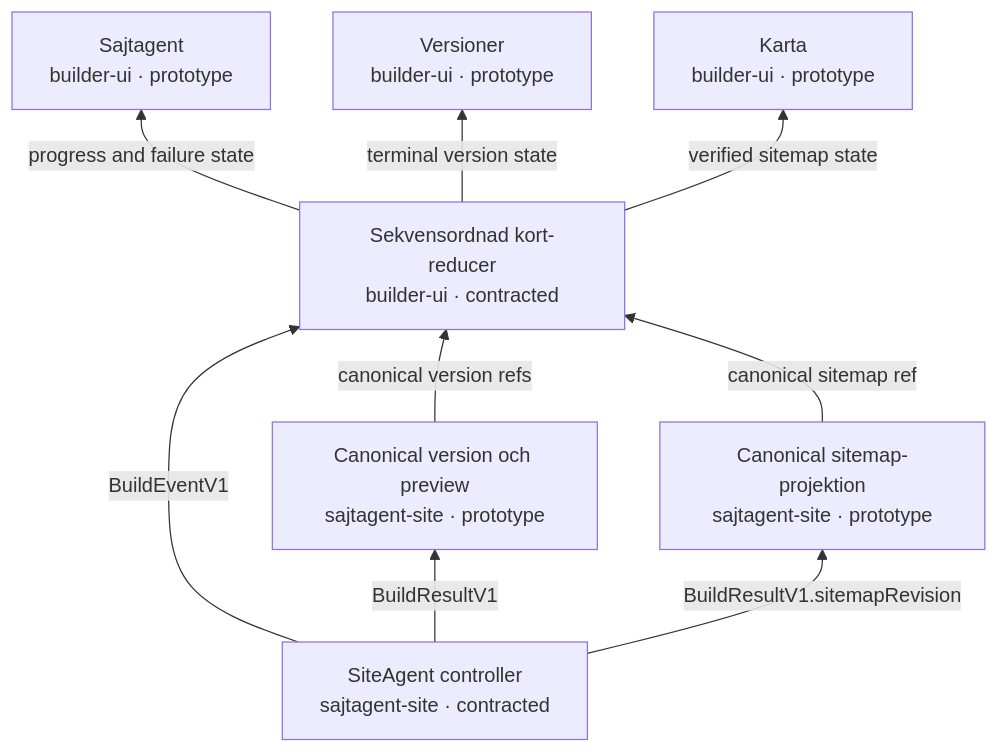
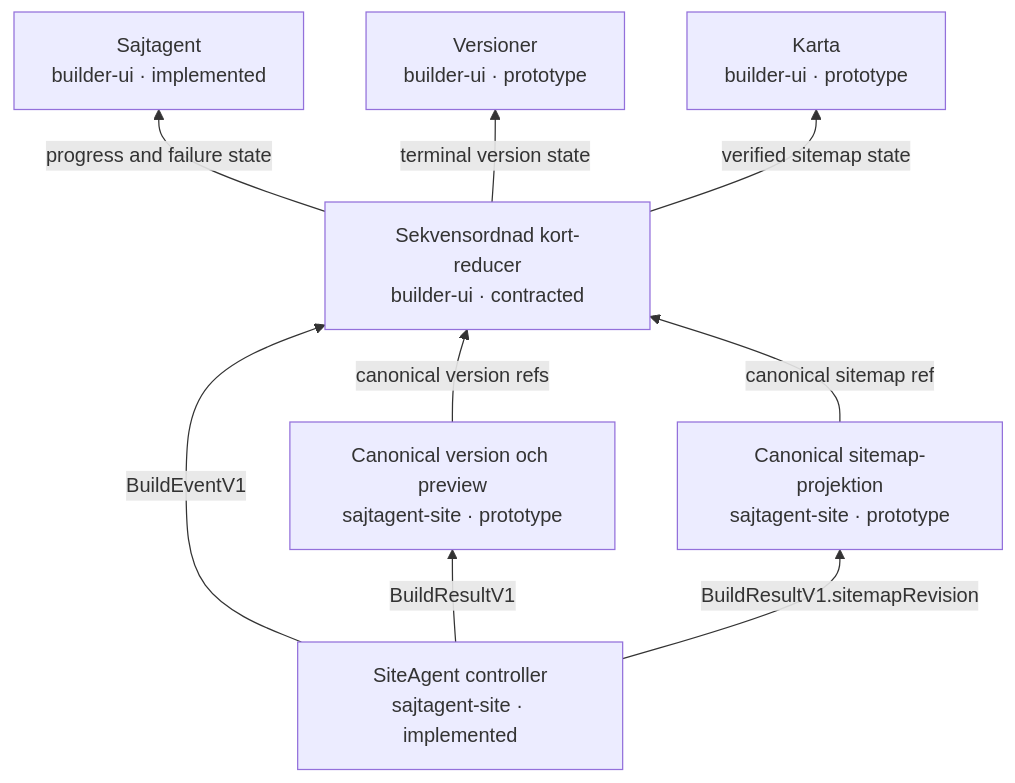
Before and after one commit to Jakeminator123/sajtagent-site: the second of 2 diagrams in docs/card-flow.md, drawn with Mermaid. The commit also changed other lines of this file and 40 other files, not shown here.

````diff
--- a/docs/card-flow.md
+++ b/docs/card-flow.md
@@ -26,18 +26,18 @@
 ```mermaid
 flowchart BT
-    n_product_controller["SiteAgent controller<br/>sajtagent-site · contracted"]
+    n_product_controller["SiteAgent controller<br/>sajtagent-site · implemented"]
     n_product_version["Canonical version och preview<br/>sajtagent-site · prototype"]
     n_product_controller -->|"BuildResultV1"| n_product_version
     n_product_sitemap["Canonical sitemap-projektion<br/>sajtagent-site · prototype"]
     n_product_controller -->|"BuildResultV1.sitemapRevision"| n_product_sitemap
     n_ui_event_reducer["Sekvensordnad kort-reducer<br/>builder-ui · contracted"]
     n_product_controller -->|"BuildEventV1"| n_ui_event_reducer
     n_product_version -->|"canonical version refs"| n_ui_event_reducer
     n_product_sitemap -->|"canonical sitemap ref"| n_ui_event_reducer
-    n_card_agent["Sajtagent<br/>builder-ui · prototype"]
+    n_card_agent["Sajtagent<br/>builder-ui · implemented"]
     n_ui_event_reducer -->|"progress and failure state"| n_card_agent
     n_card_versions["Versioner<br/>builder-ui · prototype"]
     n_ui_event_reducer -->|"terminal version state"| n_card_versions
     n_card_map["Karta<br/>builder-ui · prototype"]
     n_ui_event_reducer -->|"verified sitemap state"| n_card_map
 ```
````
